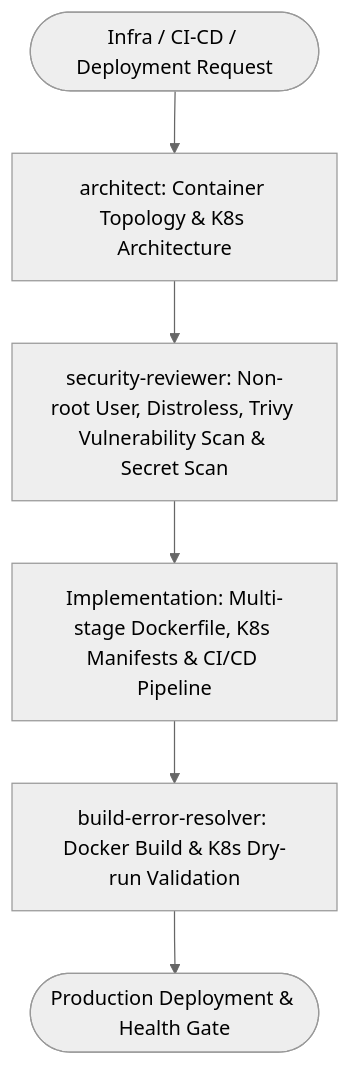
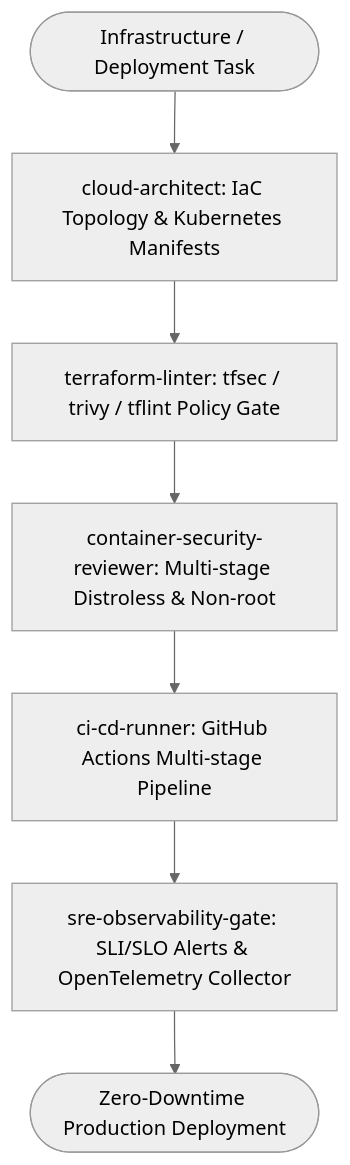
Before and after one commit to lengoctuong2005/vibe-rules-hub: the diagram in workflows/devops-cloud-suite.md, drawn with Mermaid (neutral theme). The commit also changed other lines of this file and 26 other files, not shown here.

````diff
--- a/workflows/devops-cloud-suite.md
+++ b/workflows/devops-cloud-suite.md
@@ -23,8 +24,9 @@
 ```mermaid
 graph TD
-    InfraReq([Infra / CI-CD / Deployment Request]) --> Architect[architect: Container Topology & K8s Architecture]
-    Architect --> SecReviewer[security-reviewer: Non-root User, Distroless, Trivy Vulnerability Scan & Secret Scan]
-    SecReviewer --> Implementer[Implementation: Multi-stage Dockerfile, K8s Manifests & CI/CD Pipeline]
-    Implementer --> BuildResolver[build-error-resolver: Docker Build & K8s Dry-run Validation]
-    BuildResolver --> Ship([Production Deployment & Health Gate])
+    InfraReq([Infrastructure / Deployment Task]) --> CloudArchitect[cloud-architect: IaC Topology & Kubernetes Manifests]
+    CloudArchitect --> TFLinter[terraform-linter: tfsec / trivy / tflint Policy Gate]
+    TFLinter --> ContainerReviewer[container-security-reviewer: Multi-stage Distroless & Non-root]
+    ContainerReviewer --> CICDRunner[ci-cd-runner: GitHub Actions Multi-stage Pipeline]
+    CICDRunner --> SREGate[sre-observability-gate: SLI/SLO Alerts & OpenTelemetry Collector]
+    SREGate --> Production([Zero-Downtime Production Deployment])
 ```
````
